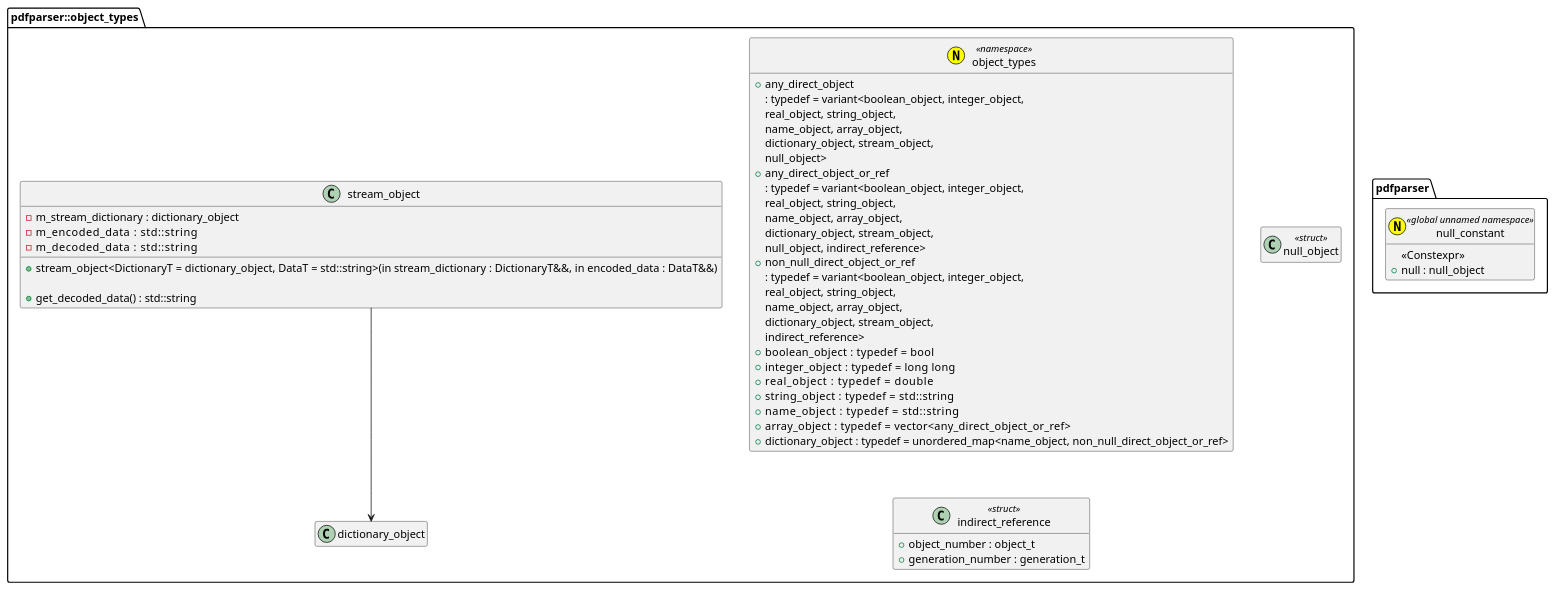
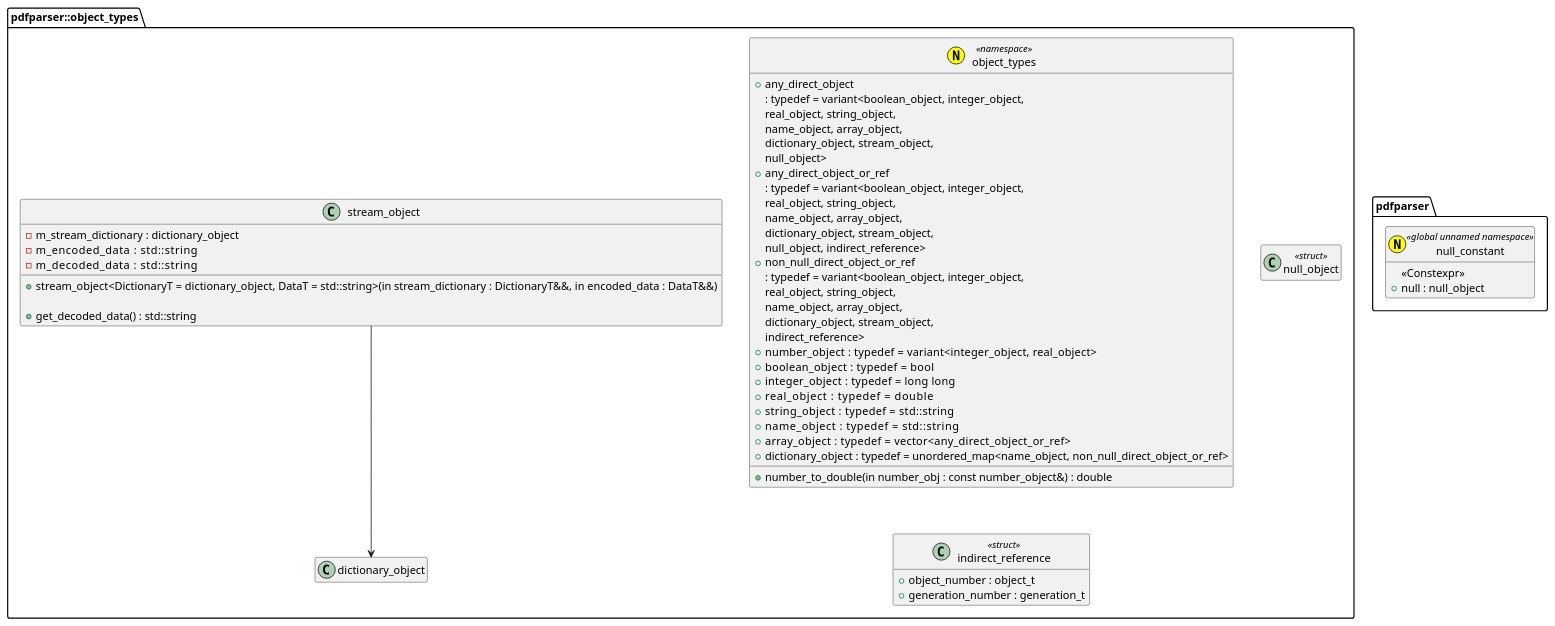
The diagram in document/object_types.class.pu (KodaiYM/PDFReader), drawn with PlantUML before and after one commit. The commit also changed 14 other files, not shown here.

```diff
--- a/document/object_types.class.pu
+++ b/document/object_types.class.pu
@@ -1,55 +1,57 @@
 @startuml object_types
 hide empty members
 namespace pdfparser {
 annotation null_constant <<(N, yellow) global unnamed namespace>> {
 	<<Constexpr>>
 	+null : null_object
 }
 }
 namespace pdfparser::object_types {
 annotation object_types <<(N, yellow) namespace>> {
 	+any_direct_object
 	 : typedef = variant<boolean_object, integer_object,
 	                     real_object, string_object,
 	                     name_object, array_object,
 	                     dictionary_object, stream_object,
 	                     null_object>
 	+any_direct_object_or_ref
 	 : typedef = variant<boolean_object, integer_object,
 	                     real_object, string_object,
 	                     name_object, array_object,
 	                     dictionary_object, stream_object,
 	                     null_object, indirect_reference>
 	+non_null_direct_object_or_ref
 	 : typedef = variant<boolean_object, integer_object,
 	                     real_object, string_object,
 	                     name_object, array_object,
 	                     dictionary_object, stream_object,
 	                     indirect_reference>
+	+number_object     : typedef = variant<integer_object, real_object>
+	+number_to_double(in number_obj : const number_object&) : double
 	+boolean_object    : typedef = bool
 	+integer_object    : typedef = long long
 	+real_object       : typedef = double
 	+string_object     : typedef = std::string
 	+name_object       : typedef = std::string
 	+array_object      : typedef = vector<any_direct_object_or_ref>
 	+dictionary_object : typedef = unordered_map<name_object, non_null_direct_object_or_ref>
 }
 class null_object<<struct>>  {}
 
 class stream_object {
 	-m_stream_dictionary : dictionary_object
 	-m_encoded_data      : std::string
 	-m_decoded_data      : std::string
 
 	+stream_object<DictionaryT = dictionary_object, DataT = std::string>(in stream_dictionary : DictionaryT&&, in encoded_data : DataT&&)
 
 	+get_decoded_data() : std::string
 }
 stream_object --> dictionary_object
 
 class indirect_reference<<struct>> {
 	+object_number : object_t
 	+generation_number : generation_t
 }
 }
 @enduml
```
